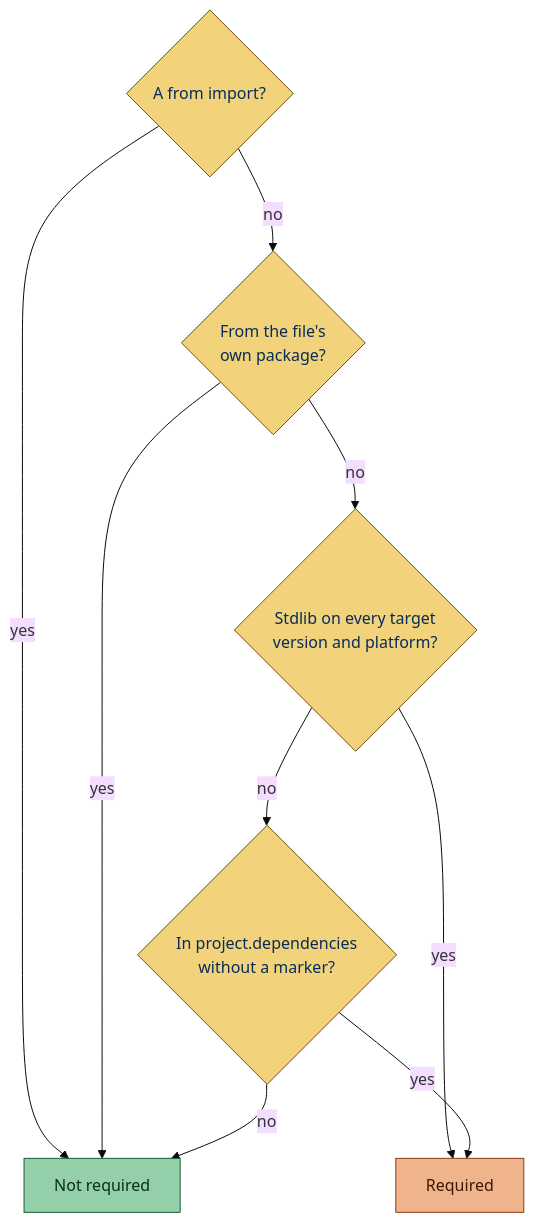
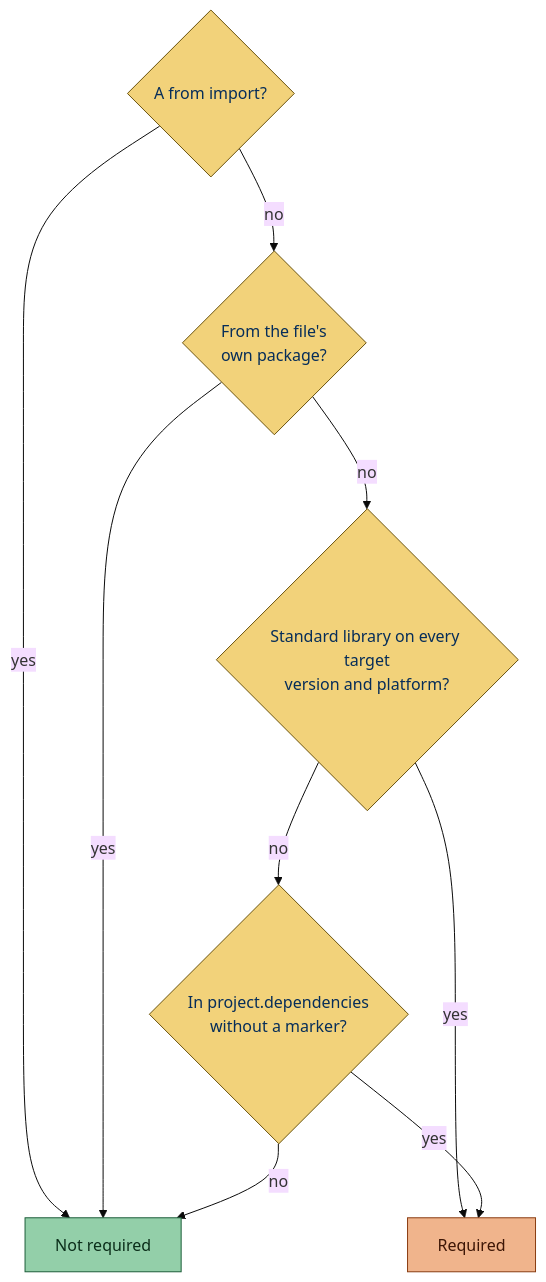
One commit to gaborbernat/simplint changed the diagram in src/rules/imports/dependency_import_guard.md. Above: the diagram before and after it, drawn with Mermaid (base theme). The commit also changed other lines of this file and 175 other files, not shown here.

````diff
--- a/src/rules/imports/dependency_import_guard.md
+++ b/src/rules/imports/dependency_import_guard.md
@@ -248,20 +280,20 @@
 ```mermaid
 flowchart TD
     from{"A from import?"}
     from -->|yes| optional["Not required"]
     from -->|no| own{"From the file's<br/>own package?"}
     own -->|yes| optional
-    own -->|no| stdlib{"Stdlib on every target<br/>version and platform?"}
+    own -->|no| stdlib{"Standard library on every target<br/>version and platform?"}
     stdlib -->|yes| required["Required"]
     stdlib -->|no| deps{"In project.dependencies<br/>without a marker?"}
     deps -->|yes| required
     deps -->|no| optional
     classDef blue fill:#9cc0e3,stroke:#1f4f7d,color:#062d59
     classDef yellow fill:#f2d27a,stroke:#6b5410,color:#062d59
     classDef green fill:#93cfa9,stroke:#1d5e3a,color:#0b2e1a
     classDef teal fill:#8ccbc3,stroke:#145c55,color:#072b28
     classDef orange fill:#f0b48c,stroke:#8a3d12,color:#3d1606
     class from,own,stdlib,deps yellow
     class required orange
     class optional green
 ```
````
